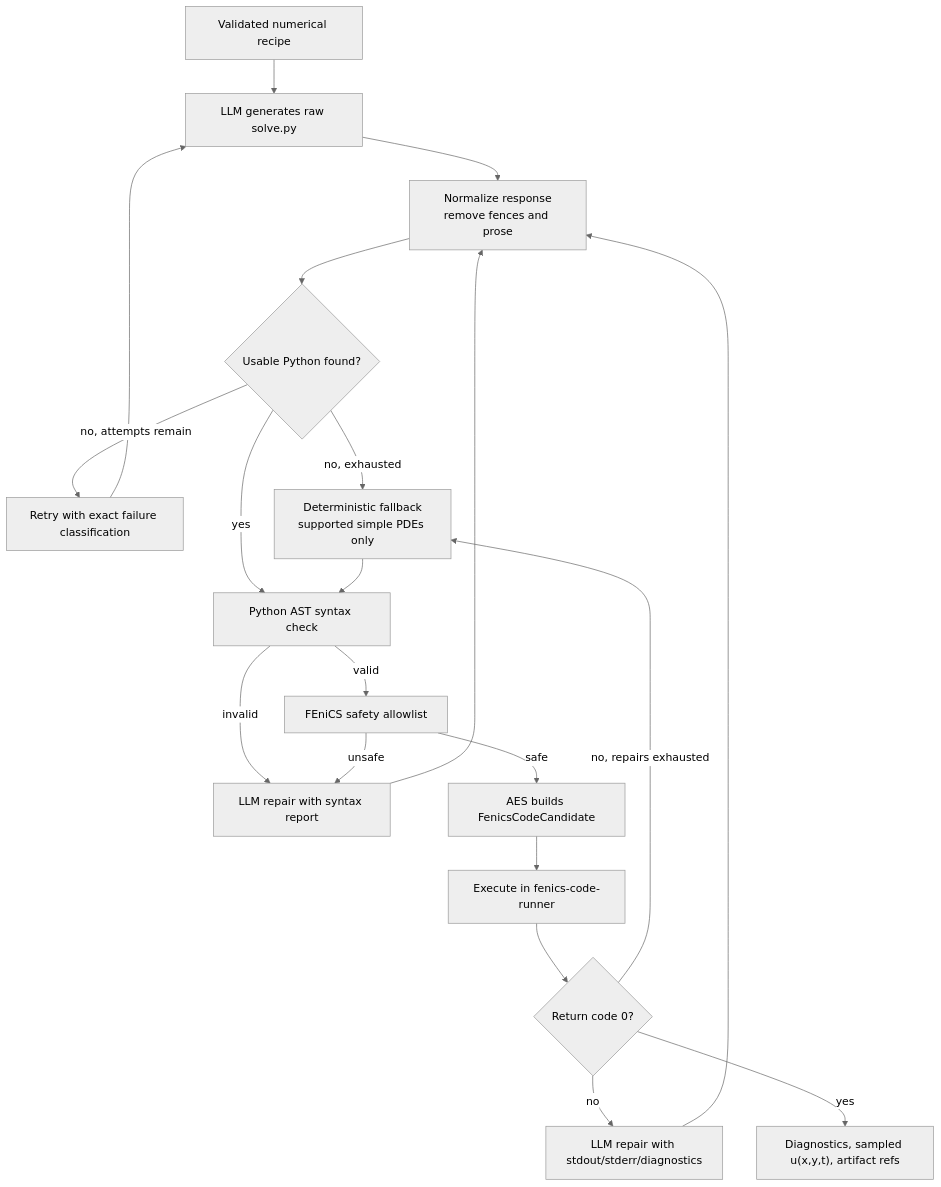
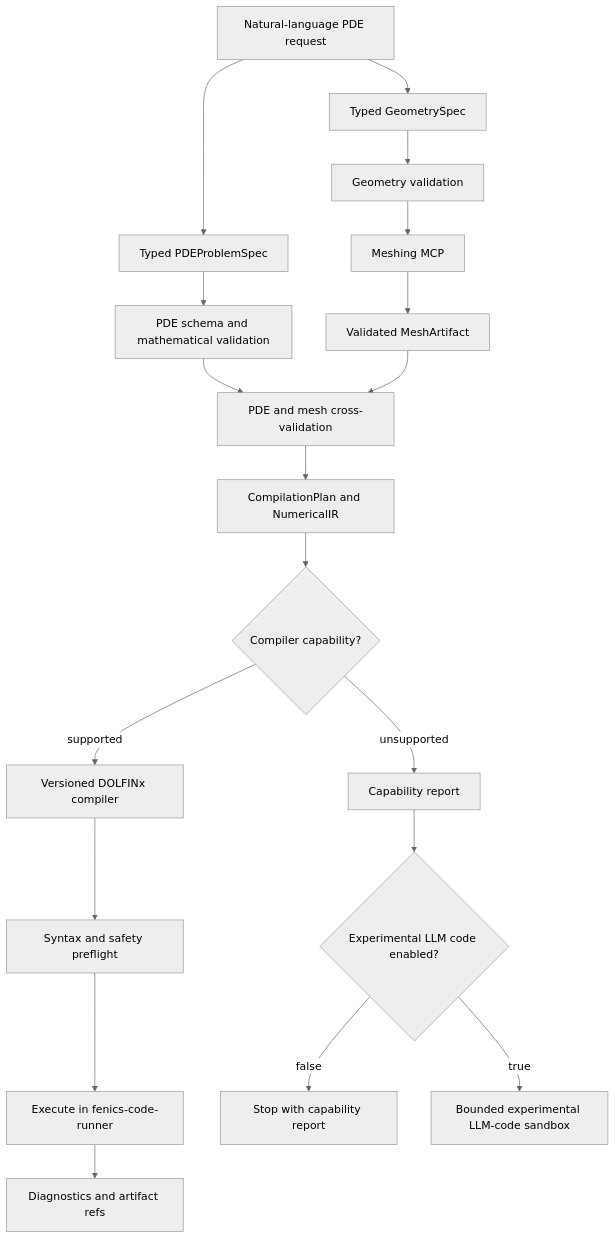
The seventh of 10 diagrams in langgraph/architecture.md (RadmirG/AES), drawn with Mermaid (neutral theme) before and after one commit. The commit also changed other lines of this file and 60 other files, not shown here.

Commit message:
Implemented a combined typed PDE and geometry pipeline

````diff
--- a/langgraph/architecture.md
+++ b/langgraph/architecture.md
@@ -200,22 +247,21 @@
 ```mermaid
 flowchart TD
-    A["Validated numerical recipe"] --> B["LLM generates raw solve.py"]
-    B --> C["Normalize response<br/>remove fences and prose"]
-    C --> D{"Usable Python found?"}
-    D -->|"no, attempts remain"| E["Retry with exact failure classification"]
-    E --> B
-    D -->|"no, exhausted"| F["Deterministic fallback<br/>supported simple PDEs only"]
-    D -->|yes| G["Python AST syntax check"]
-    F --> G
-    G -->|invalid| H["LLM repair with syntax report"]
-    H --> C
-    G -->|valid| I["FEniCS safety allowlist"]
-    I -->|unsafe| H
-    I -->|safe| J["AES builds FenicsCodeCandidate"]
-    J --> K["Execute in fenics-code-runner"]
-    K --> L{"Return code 0?"}
-    L -->|no| M["LLM repair with stdout/stderr/diagnostics"]
-    M --> C
-    L -->|"no, repairs exhausted"| F
-    L -->|yes| N["Diagnostics, sampled u(x,y,t), artifact refs"]
+    A["Natural-language PDE request"] --> B["Typed PDEProblemSpec"]
+    A --> C["Typed GeometrySpec"]
+    B --> D["PDE schema and mathematical validation"]
+    C --> E["Geometry validation"]
+    E --> F["Meshing MCP"]
+    F --> G["Validated MeshArtifact"]
+    D --> H["PDE and mesh cross-validation"]
+    G --> H
+    H --> I["CompilationPlan and NumericalIR"]
+    I --> J{"Compiler capability?"}
+    J -->|supported| K["Versioned DOLFINx compiler"]
+    K --> L["Syntax and safety preflight"]
+    L --> M["Execute in fenics-code-runner"]
+    M --> N["Diagnostics and artifact refs"]
+    J -->|unsupported| O["Capability report"]
+    O --> P{"Experimental LLM code enabled?"}
+    P -->|false| Q["Stop with capability report"]
+    P -->|true| R["Bounded experimental LLM-code sandbox"]
 ```
````
